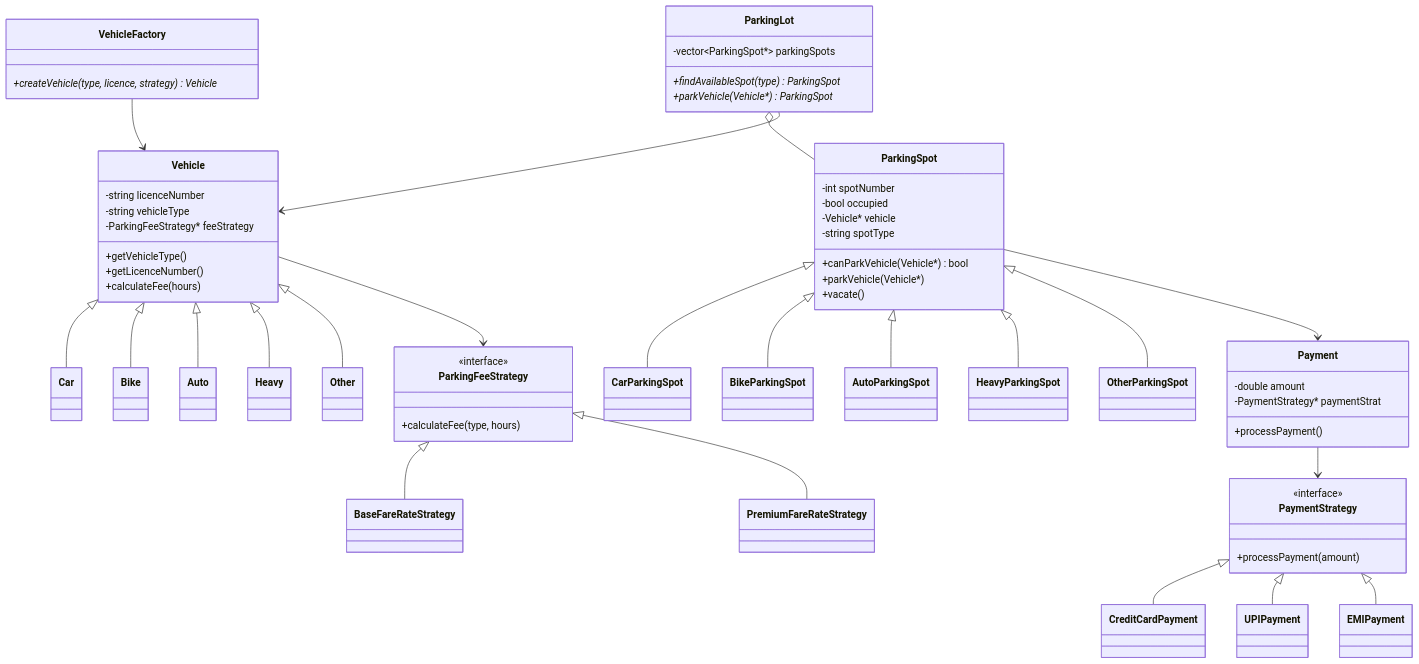
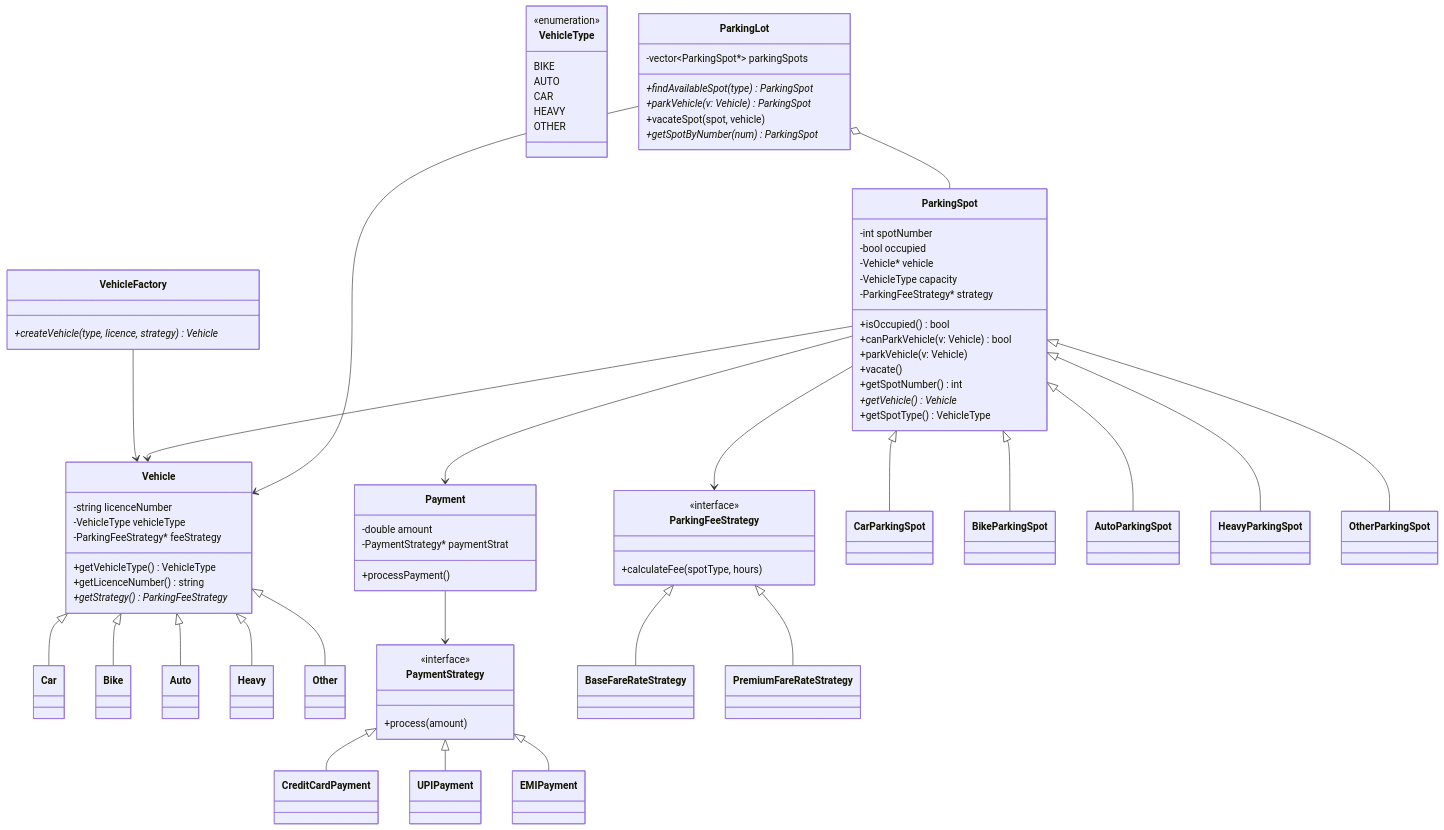
One commit to BinduSatya/DesignPatterns changed the diagram in Parking_Lot_Design/Class_Diagram.md. Above: the diagram before and after it, drawn with Mermaid. The commit also changed 1 other file, not shown here.

Commit message:
Class Diagram Updated

````diff
--- a/Parking_Lot_Design/Class_Diagram.md
+++ b/Parking_Lot_Design/Class_Diagram.md
@@ -1,14 +1,24 @@
 ```mermaid
 classDiagram
 
-%% ================= Vehicle =================
+%% ================= ENUM =================
+class VehicleType {
+  <<enumeration>>
+  BIKE
+  AUTO
+  CAR
+  HEAVY
+  OTHER
+}
+
+%% ================= VEHICLE =================
 class Vehicle {
   -string licenceNumber
-  -string vehicleType
+  -VehicleType vehicleType
   -ParkingFeeStrategy* feeStrategy
-  +getVehicleType()
-  +getLicenceNumber()
-  +calculateFee(hours)
+  +getVehicleType() VehicleType
+  +getLicenceNumber() string
+  +getStrategy() ParkingFeeStrategy*
 }
 
 class Car
@@ -23,63 +33,17 @@
 Vehicle <|-- Heavy
 Vehicle <|-- Other
 
+%% ================= VEHICLE FACTORY =================
 class VehicleFactory {
   +createVehicle(type, licence, strategy) Vehicle*
 }
 
 VehicleFactory --> Vehicle
 
-%% ================= Parking Spot =================
-class ParkingSpot {
-  -int spotNumber
-  -bool occupied
-  -Vehicle* vehicle
-  -string spotType
-  +canParkVehicle(Vehicle*) bool
-  +parkVehicle(Vehicle*)
-  +vacate()
-}
-
-class CarParkingSpot
-class BikeParkingSpot
-class AutoParkingSpot
-class HeavyParkingSpot
-class OtherParkingSpot
-
-ParkingSpot <|-- CarParkingSpot
-ParkingSpot <|-- BikeParkingSpot
-ParkingSpot <|-- AutoParkingSpot
-ParkingSpot <|-- HeavyParkingSpot
-ParkingSpot <|-- OtherParkingSpot
-
-%% ================= Parking Lot =================
-class ParkingLot {
-  -vector~ParkingSpot*~ parkingSpots
-  +findAvailableSpot(type) ParkingSpot*
-  +parkVehicle(Vehicle*) ParkingSpot*
-}
-
-ParkingLot o-- ParkingSpot
-ParkingLot --> Vehicle
-
-%% ================= Fee Strategy =================
-class ParkingFeeStrategy {
-  <<interface>>
-  +calculateFee(type, hours)
-}
-
-class BaseFareRateStrategy
-class PremiumFareRateStrategy
-
-ParkingFeeStrategy <|-- BaseFareRateStrategy
-ParkingFeeStrategy <|-- PremiumFareRateStrategy
-
-Vehicle --> ParkingFeeStrategy
-
-%% ================= Payment =================
+%% ================= PAYMENT =================
 class PaymentStrategy {
   <<interface>>
-  +processPayment(amount)
+  +process(amount)
 }
 
 class CreditCardPayment
@@ -97,5 +61,61 @@
 }
 
 Payment --> PaymentStrategy
+
+%% ================= PARKING FEE STRATEGY =================
+class ParkingFeeStrategy {
+  <<interface>>
+  +calculateFee(spotType, hours)
+}
+
+class BaseFareRateStrategy
+class PremiumFareRateStrategy
+
+ParkingFeeStrategy <|-- BaseFareRateStrategy
+ParkingFeeStrategy <|-- PremiumFareRateStrategy
+
+%% ================= PARKING SPOT =================
+class ParkingSpot {
+  -int spotNumber
+  -bool occupied
+  -Vehicle* vehicle
+  -VehicleType capacity
+  -ParkingFeeStrategy* strategy
+  +isOccupied() bool
+  +canParkVehicle(v: Vehicle) bool
+  +parkVehicle(v: Vehicle)
+  +vacate()
+  +getSpotNumber() int
+  +getVehicle() Vehicle*
+  +getSpotType() VehicleType
+}
+
+class CarParkingSpot
+class BikeParkingSpot
+class AutoParkingSpot
+class HeavyParkingSpot
+class OtherParkingSpot
+
+ParkingSpot <|-- CarParkingSpot
+ParkingSpot <|-- BikeParkingSpot
+ParkingSpot <|-- AutoParkingSpot
+ParkingSpot <|-- HeavyParkingSpot
+ParkingSpot <|-- OtherParkingSpot
+
+ParkingSpot --> Vehicle
+ParkingSpot --> ParkingFeeStrategy
 ParkingSpot --> Payment
+
+%% ================= PARKING LOT =================
+class ParkingLot {
+  -vector~ParkingSpot*~ parkingSpots
+  +findAvailableSpot(type) ParkingSpot*
+  +parkVehicle(v: Vehicle) ParkingSpot*
+  +vacateSpot(spot, vehicle)
+  +getSpotByNumber(num) ParkingSpot*
+}
+
+ParkingLot o-- ParkingSpot
+ParkingLot --> Vehicle
+
 ```
````
